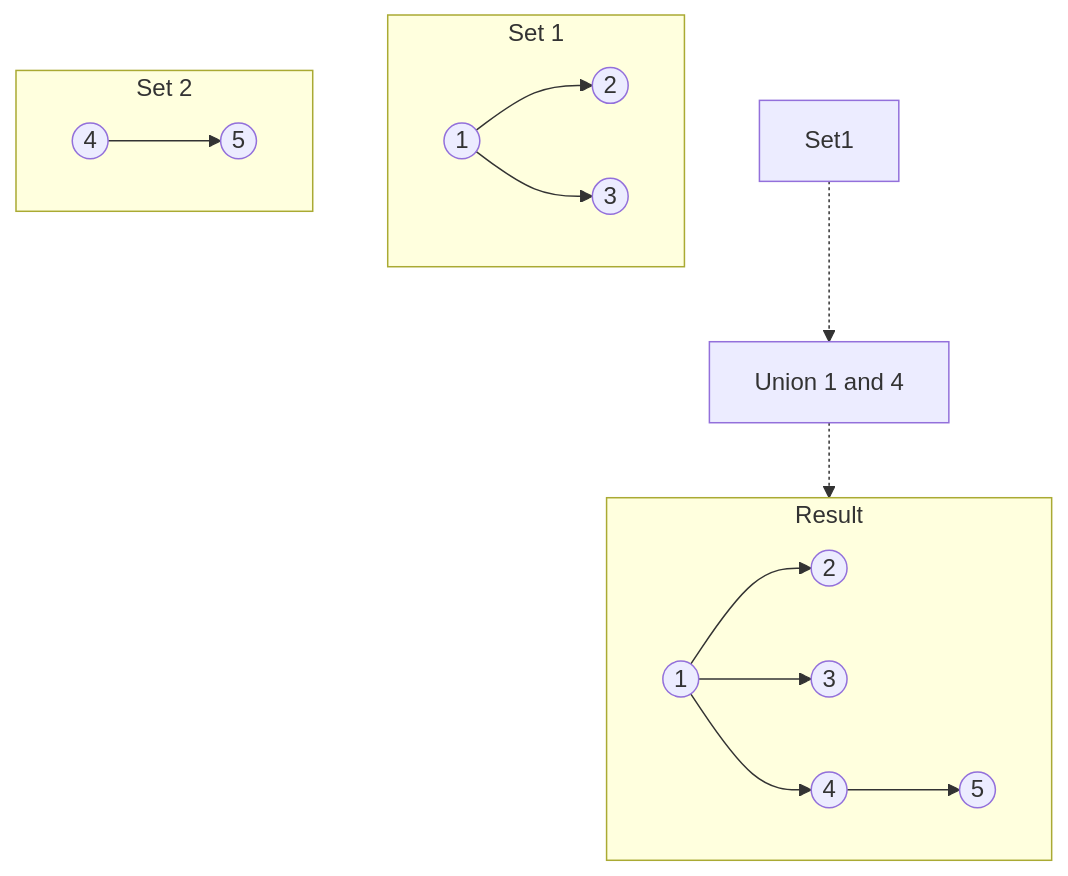
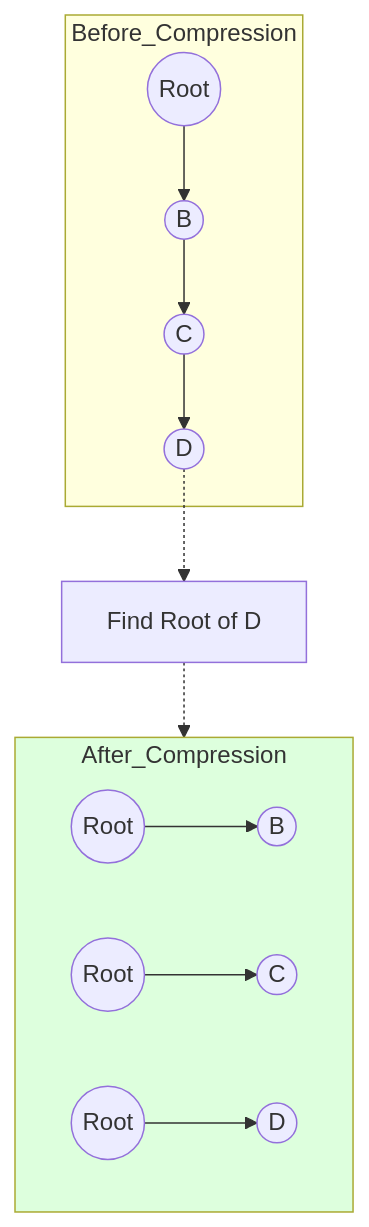
One commit to ajay99511/DSA_Pattern_Recognition changed the third of 3 diagrams in concepts/data_structures/graphs.md. Above: the diagram before and after it, drawn with Mermaid. The commit also changed other lines of this file and 12 other files, not shown here.

````diff
--- a/concepts/data_structures/graphs.md
+++ b/concepts/data_structures/graphs.md
@@ -54,17 +57,16 @@
 ```mermaid
 graph TD
-    subgraph Set 1
-    R1((1)) --> C2((2))
-    R1 --> C3((3))
+    subgraph Before_Compression
+    A((Root)) --> B((B)) --> C((C)) --> D((D))
     end
-    subgraph Set 2
-    R4((4)) --> C5((5))
+    
+    subgraph After_Compression
+    A1((Root)) --> B1((B))
+    A11((Root)) --> C1((C))
+    A111((Root)) --> D1((D))
     end
-    Set1 -.-> Union[Union 1 and 4] -.-> Result
-    subgraph Result
-    RR1((1)) --> CC2((2))
-    RR1 --> CC3((3))
-    RR1 --> RR4((4))
-    RR4 --> CC5((5))
-    end
+    
+    D -.-> Find_A[Find Root of D] -.-> After_Compression
+    
+    style After_Compression fill:#dfd
 ```
````
